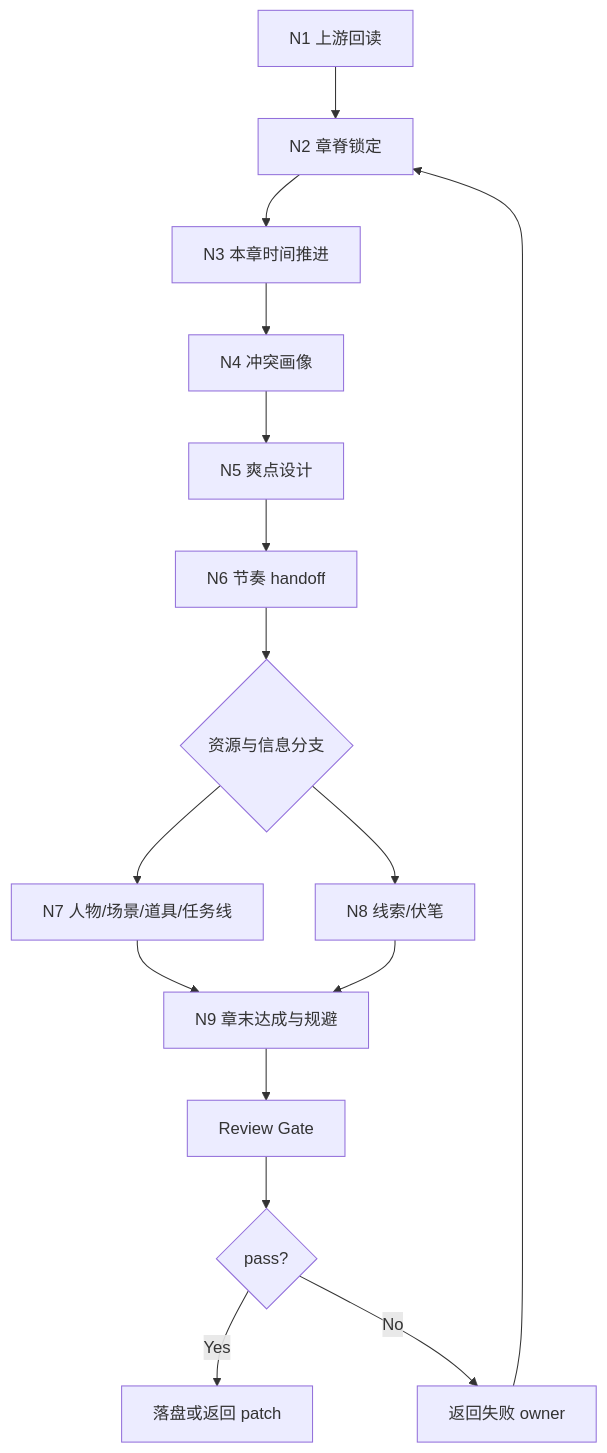
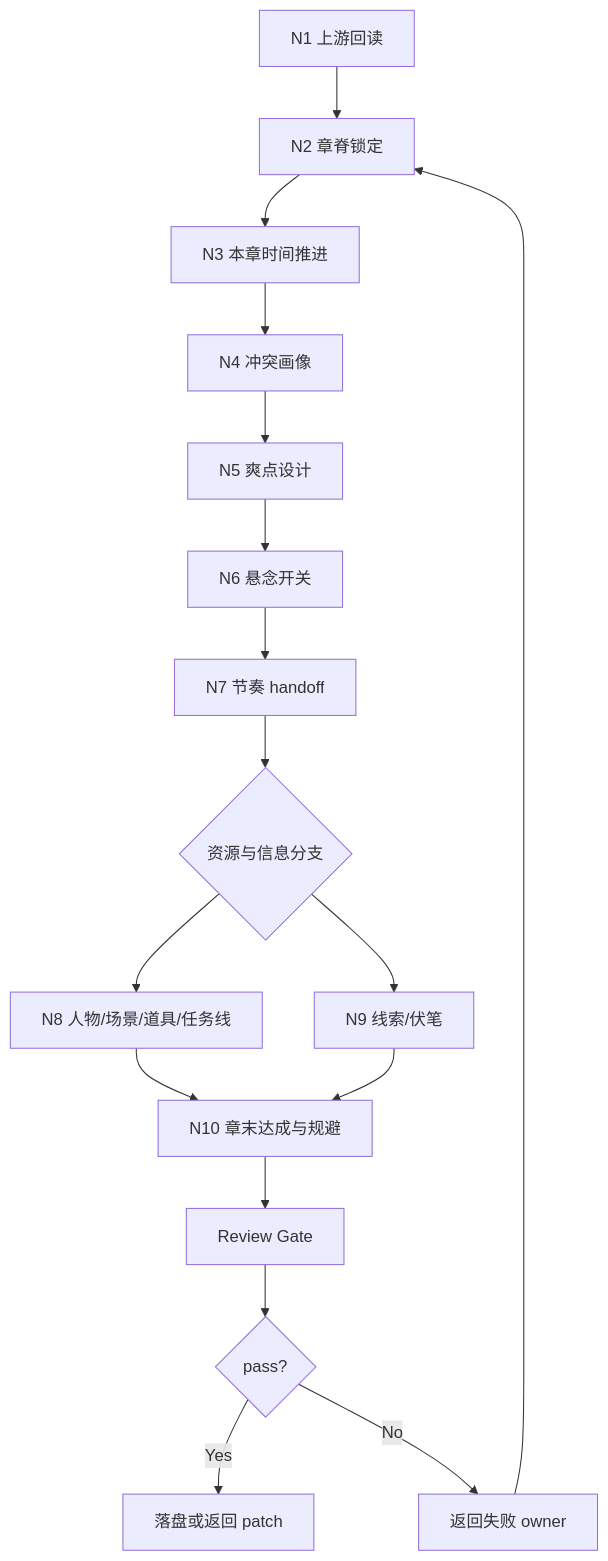
The diagram in .agents/skills/story/2-卷章/3-章级/steps/chapter-planning-workflow.md (ZEN-VOID/AI-CUT), drawn with Mermaid before and after one commit. The commit also changed other lines of this file and 256 other files, not shown here.

````diff
--- a/.agents/skills/story/2-卷章/3-章级/steps/chapter-planning-workflow.md
+++ b/.agents/skills/story/2-卷章/3-章级/steps/chapter-planning-workflow.md
@@ -9,18 +9,19 @@
 ```mermaid
 flowchart TD
     A["N1 上游回读"] --> B["N2 章脊锁定"]
     B --> C["N3 本章时间推进"]
     C --> D["N4 冲突画像"]
     D --> E["N5 爽点设计"]
-    E --> F["N6 节奏 handoff"]
+    E --> S["N6 悬念开关"]
+    S --> F["N7 节奏 handoff"]
     F --> G{"资源与信息分支"}
-    G --> H["N7 人物/场景/道具/任务线"]
-    G --> I["N8 线索/伏笔"]
-    H --> J["N9 章末达成与规避"]
+    G --> H["N8 人物/场景/道具/任务线"]
+    G --> I["N9 线索/伏笔"]
+    H --> J["N10 章末达成与规避"]
     I --> J
     J --> K["Review Gate"]
     K --> L{"pass?"}
     L -->|"Yes"| M["落盘或返回 patch"]
     L -->|"No"| N["返回失败 owner"]
     N --> B
 ```
````
